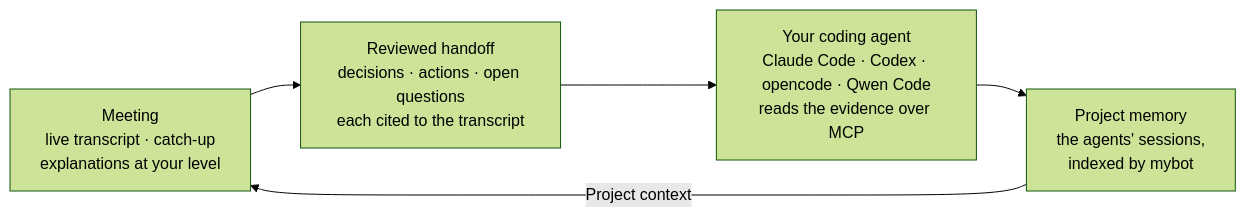
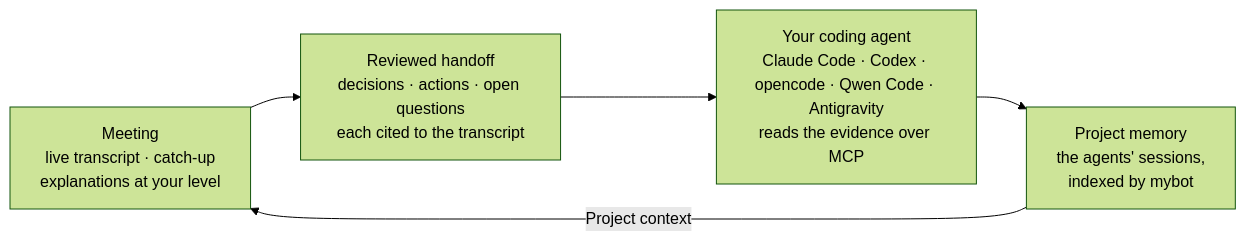
The diagram in README.md (FakeEnd/chumi), drawn with Mermaid (forest theme) before and after one commit. The commit also changed other lines of this file and 44 other files, not shown here.

````diff
--- a/README.md
+++ b/README.md
@@ -33,7 +156,7 @@
 ```mermaid
 flowchart LR
   M["Meeting<br/>live transcript · catch-up<br/>explanations at your level"] --> H["Reviewed handoff<br/>decisions · actions · open questions<br/>each cited to the transcript"]
-  H --> A["Your coding agent<br/>Claude Code · Codex · opencode · Qwen Code<br/>reads the evidence over MCP"]
+  H --> A["Your coding agent<br/>Claude Code · Codex · opencode · Qwen Code · Antigravity<br/>reads the evidence over MCP"]
   A --> P["Project memory<br/>the agents' sessions,<br/>indexed by mybot"]
   P -- "Project context" --> M
 ```
````
